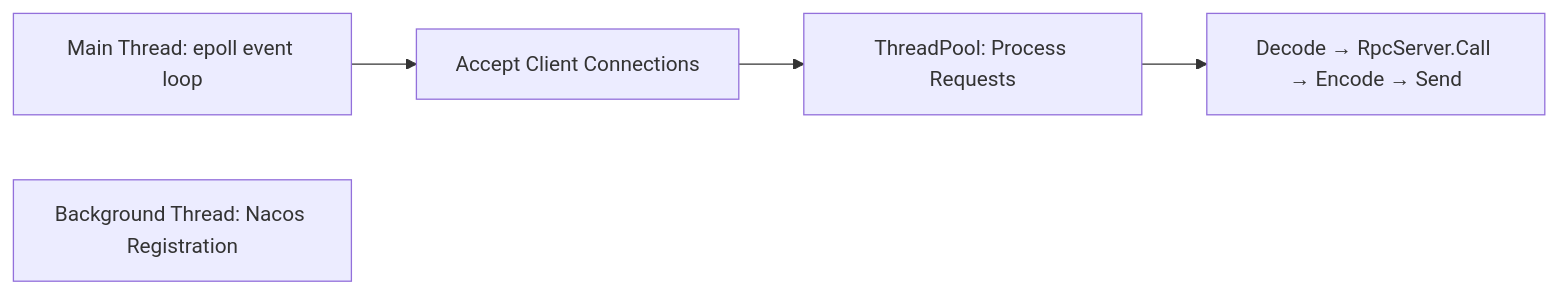
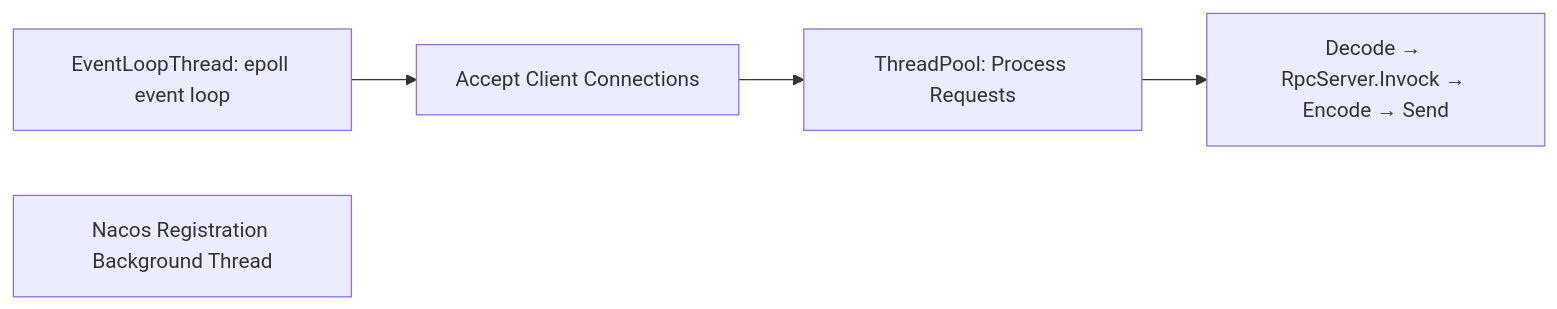
One commit to desyang-hub/mini-rpc changed the second of 3 diagrams in docs/en/guide/architecture.md. Above: the diagram before and after it, drawn with Mermaid. The commit also changed other lines of this file and 17 other files, not shown here.

````diff
--- a/docs/en/guide/architecture.md
+++ b/docs/en/guide/architecture.md
@@ -112,7 +106,7 @@
 ```mermaid
 graph LR
-    Main[Main Thread: epoll event loop] --> Accept[Accept Client Connections]
+    EL[EventLoopThread: epoll event loop] --> Accept[Accept Client Connections]
     Accept --> Pool[ThreadPool: Process Requests]
-    Pool --> Handler[Decode → RpcServer.Call → Encode → Send]
-    Reg[Background Thread: Nacos Registration]
+    Pool --> Handler[Decode → RpcServer.Invock → Encode → Send]
+    Reg[Nacos Registration Background Thread]
 ```
````
